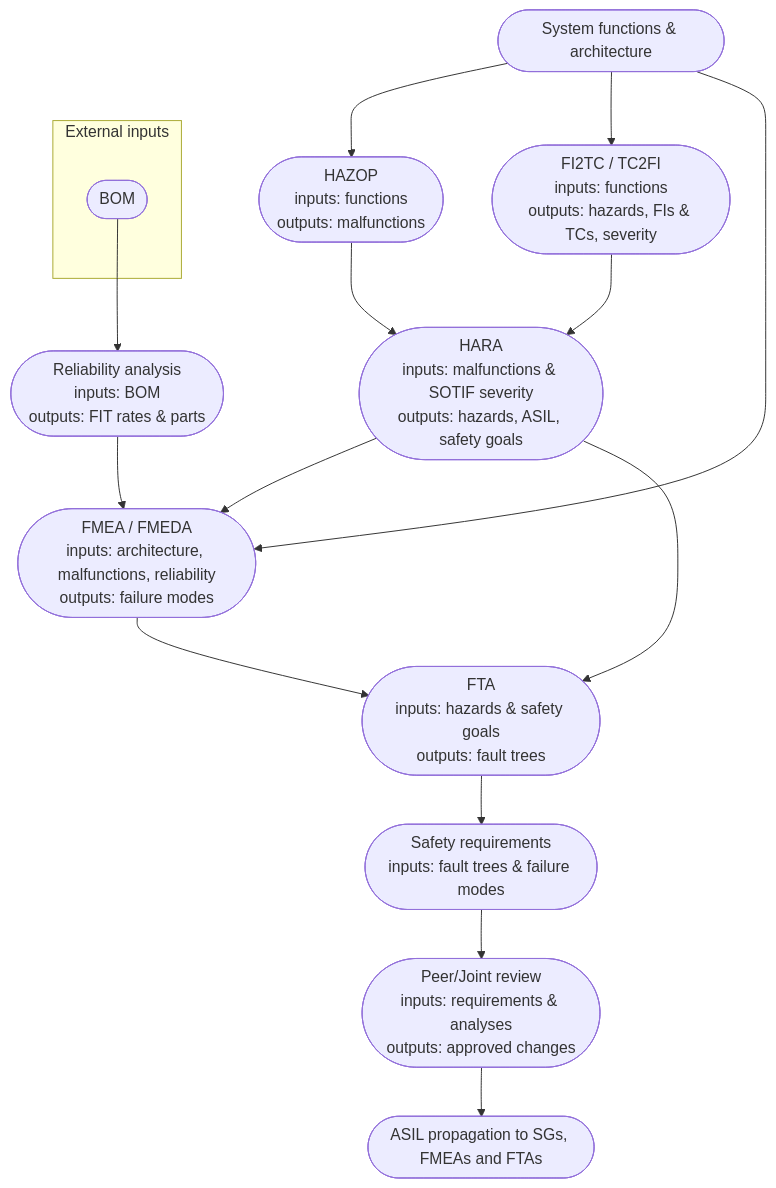
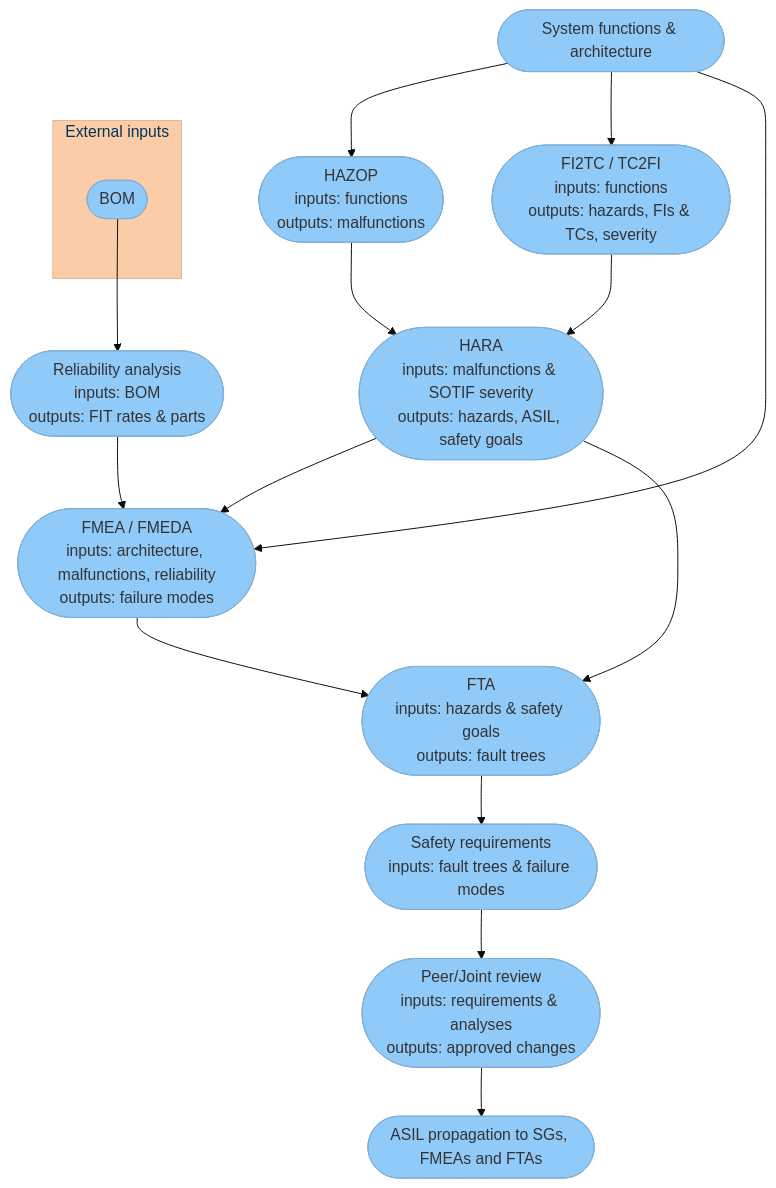
The first of 29 diagrams in README.md (MelkorBalrog/AutoSafeguard-Analyzer), drawn with Mermaid before and after one commit. The commit also changed other lines of this file and 1 other file, not shown here.

Commit message:
Update diagram styles

````diff
--- a/README.md
+++ b/README.md
@@ -40,19 +40,20 @@
 ```mermaid
+%%{init: {"theme": "base", "themeVariables": {"primaryColor": "#90CAF9", "secondaryColor": "#ECEFF1", "edgeLabelBackground": "#ffffff", "fontFamily": "Helvetica,Arial,sans-serif"}} }%%
 flowchart TD
     subgraph ext [External inputs]
         X([BOM])
     end
     X --> R([Reliability analysis<br/>inputs: BOM<br/>outputs: FIT rates & parts])
     A([System functions & architecture]) --> B([HAZOP<br/>inputs: functions<br/>outputs: malfunctions])
     A --> S([FI2TC / TC2FI<br/>inputs: functions<br/>outputs: hazards, FIs & TCs, severity])
     B --> C([HARA<br/>inputs: malfunctions & SOTIF severity<br/>outputs: hazards, ASIL, safety goals])
     S --> C
     A --> D([FMEA / FMEDA<br/>inputs: architecture, malfunctions, reliability<br/>outputs: failure modes])
     R --> D
     C --> D
     C --> E([FTA<br/>inputs: hazards & safety goals<br/>outputs: fault trees])
     D --> E
     E --> F([Safety requirements<br/>inputs: fault trees & failure modes])
     F --> G([Peer/Joint review<br/>inputs: requirements & analyses<br/>outputs: approved changes])
     G --> H([ASIL propagation to SGs, FMEAs and FTAs])
 ```
````
